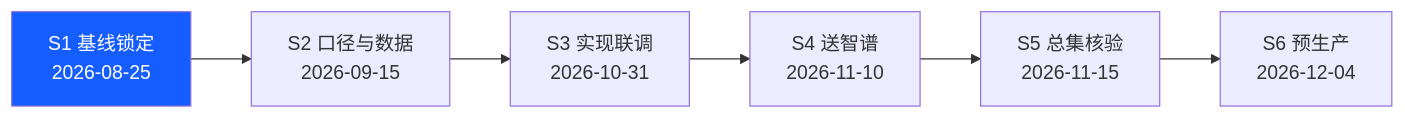
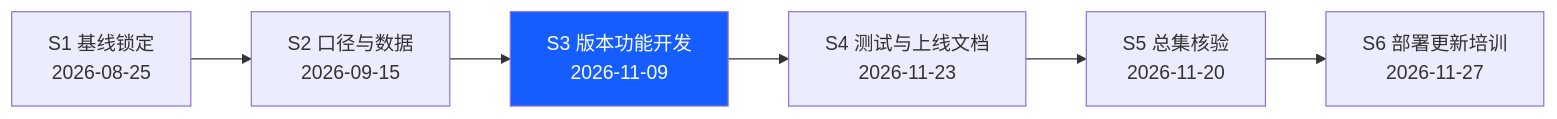
Before and after one commit to Marisolebxf/-: the diagram in agent-delivery/project-plan.md, drawn with Mermaid. The commit also changed other lines of this file and 17 other files, not shown here.

````diff
--- a/agent-delivery/project-plan.md
+++ b/agent-delivery/project-plan.md
@@ -26,9 +26,9 @@
 ```mermaid
 flowchart LR
   S1["S1 基线锁定\n2026-08-25"] --> S2["S2 口径与数据\n2026-09-15"]
-  S2 --> S3["S3 实现联调\n2026-10-31"]
-  S3 --> S4["S4 送智谱\n2026-11-10"]
-  S4 --> S5["S5 总集核验\n2026-11-15"]
-  S5 --> S6["S6 预生产\n2026-12-04"]
-  style S1 fill:#165DFF,color:#fff
+  S2 --> S3["S3 版本功能开发\n2026-11-09"]
+  S3 --> S4["S4 测试与上线文档\n2026-11-23"]
+  S4 --> S5["S5 总集核验\n2026-11-20"]
+  S5 --> S6["S6 部署更新培训\n2026-11-27"]
+  style S3 fill:#165DFF,color:#fff
 ```
````
